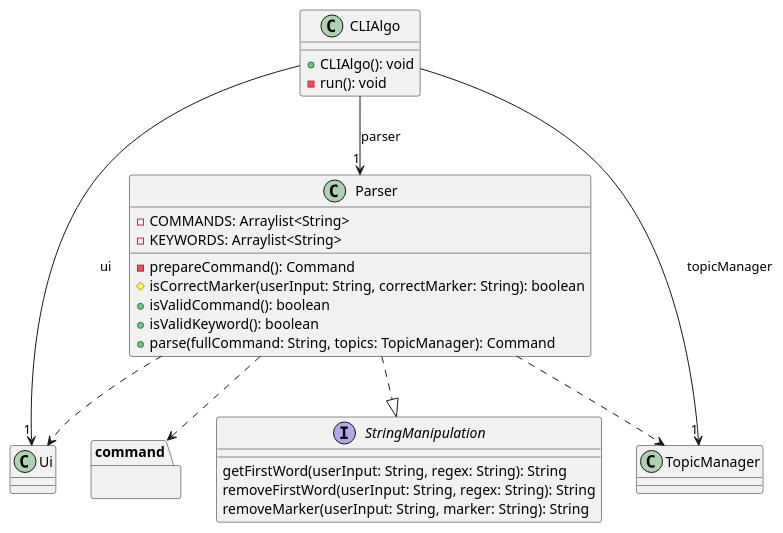
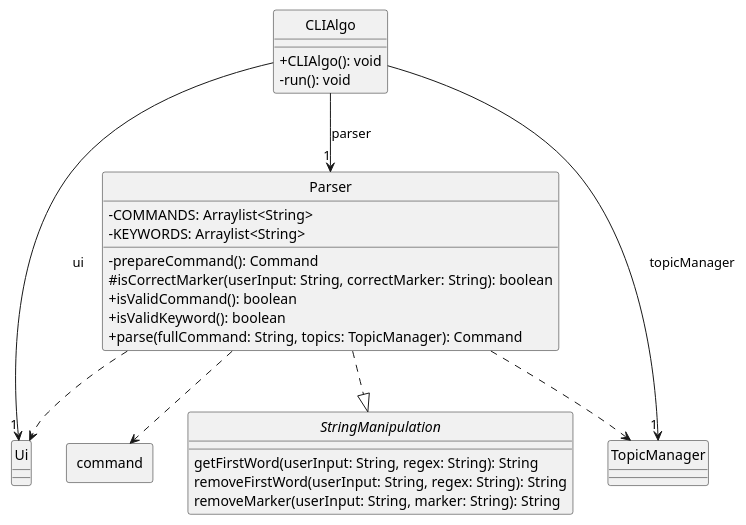
The diagram in docs/uml/source-files/ParserClass.puml (ong-ck/tp), drawn with PlantUML before and after one commit. The commit also changed 3 other files, not shown here.

Commit message:
Add description for architecture in DG

```diff
--- a/docs/uml/source-files/ParserClass.puml
+++ b/docs/uml/source-files/ParserClass.puml
@@ -1,40 +1,43 @@
 @startuml
+skinparam classAttributeIconSize 0
 class Parser {
 -COMMANDS: Arraylist<String>
 -KEYWORDS: Arraylist<String>
 
 -prepareCommand(): Command
 #isCorrectMarker(userInput: String, correctMarker: String): boolean
 +isValidCommand(): boolean
 +isValidKeyword(): boolean
 +parse(fullCommand: String, topics: TopicManager): Command
 }
 
 interface StringManipulation {
 getFirstWord(userInput: String, regex: String): String
 removeFirstWord(userInput: String, regex: String): String
 removeMarker(userInput: String, marker: String): String
 }
 
 class Ui {
 }
 
 class TopicManager {
 }
 
 class CLIAlgo {
 +CLIAlgo(): void
 -run(): void
 }
 
-package command {
+package command <<rectangle>>{
 }
 
 CLIAlgo --> "1" Ui : ui
 CLIAlgo --> "1" TopicManager : topicManager
 CLIAlgo --> "1" Parser : parser
 Parser ..|> StringManipulation
 Parser ..> Ui
 Parser ..> TopicManager
 Parser ..> command
+
+hide circle
 @enduml
```
